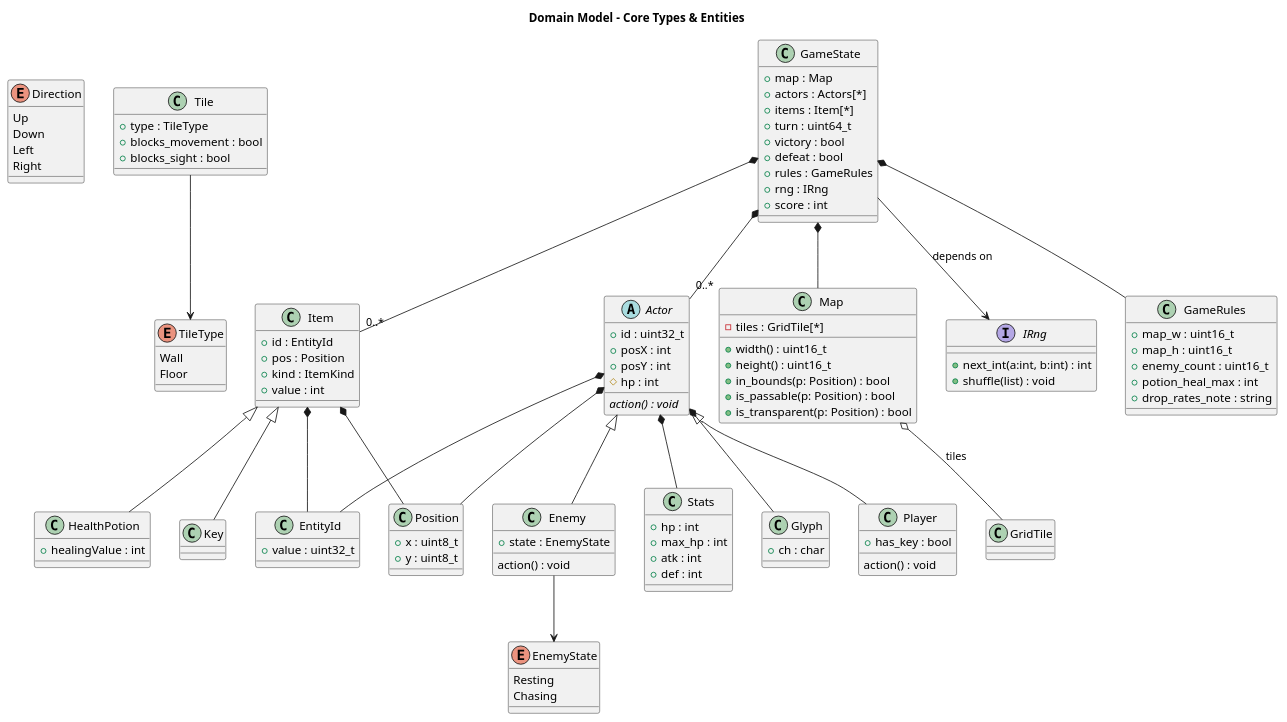
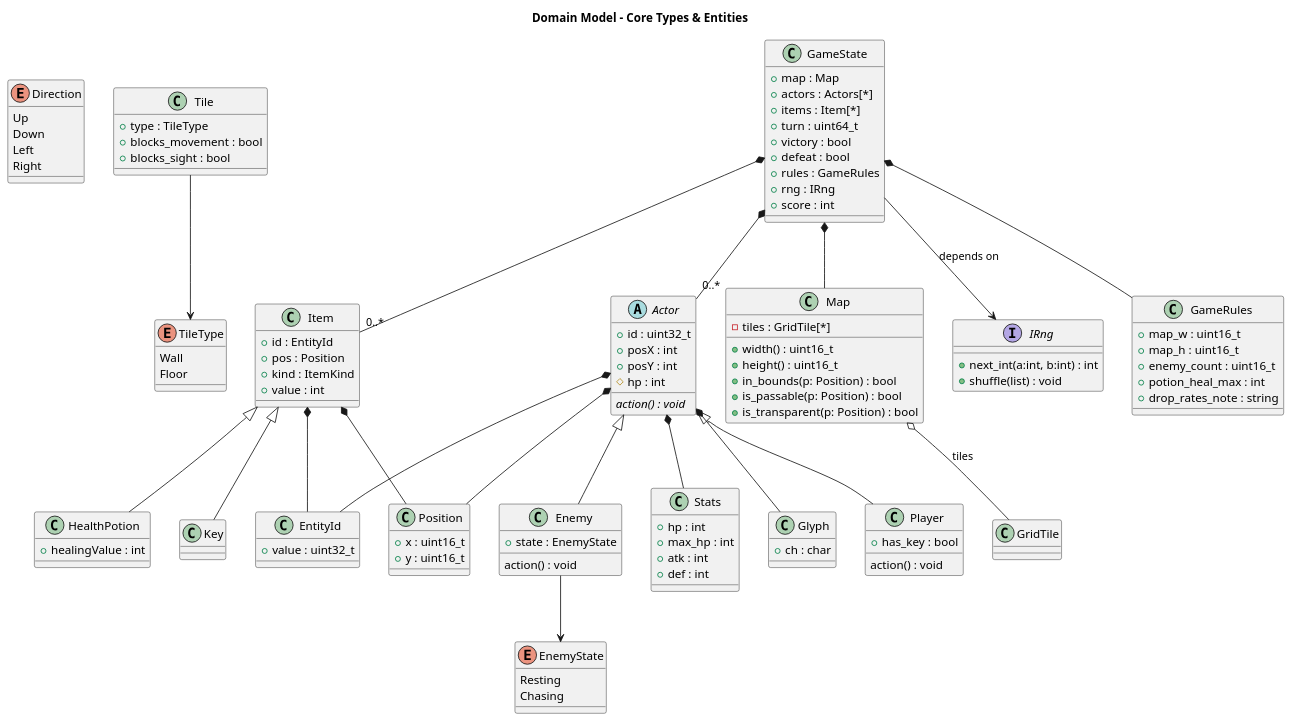
Before and after one commit to Sage-Cat/labyrinth_game: the diagram in docs/diagrams/core_domain_model_ClassD.puml, drawn with PlantUML. The commit also changed 17 other files, not shown here.

```diff
--- a/docs/diagrams/core_domain_model_ClassD.puml
+++ b/docs/diagrams/core_domain_model_ClassD.puml
@@ -1,148 +1,148 @@
 @startuml
 title Domain Model – Core Types & Entities
 
 /' --- Enumerations --- '/
 enum Direction {
   Up
   Down
   Left
   Right
 }
 
 enum TileType {
   Wall
   Floor
 }
 
 enum EnemyState {
   Resting
   Chasing
 }
 
 /' --- Simple value objects --- '/
 class EntityId {
   +value : uint32_t
 }
 
 class Position {
-  +x : uint8_t
-  +y : uint8_t
+  +x : uint16_t
+  +y : uint16_t
 }
 
 class Stats {
   +hp : int
   +max_hp : int
   +atk : int
   +def : int
 }
 
 class Glyph {
   +ch : char
 }
 
 /' --- Tile / Map --- '/
 class GridTile
 
 class Tile {
   +type : TileType
   +blocks_movement : bool
   +blocks_sight : bool
 }
 
 class Map {
   +width() : uint16_t
   +height() : uint16_t
   +in_bounds(p: Position) : bool
   +is_passable(p: Position) : bool
   +is_transparent(p: Position) : bool
   -tiles : GridTile[*]
 }
 
 /' --- Items & actors --- '/
 class Item {
   +id : EntityId
   +pos : Position
   +kind : ItemKind
   +value : int
 }
 
 class HealthPotion {
   +healingValue : int
 }
 
 class Key {
 }
 
 abstract class Actor {
   +id : uint32_t
   +posX : int
   +posY : int
   #hp : int
   {abstract} action() : void
 }
 
 class Player {
   +has_key : bool
   action() : void
 }
 
 class Enemy {
   +state : EnemyState
   action() : void
 }
 
 
 /' --- Ports / rules / state --- '/
 interface IRng {
   +next_int(a:int, b:int) : int
   +shuffle(list) : void
 }
 
 class GameRules {
   +map_w : uint16_t
   +map_h : uint16_t
   +enemy_count : uint16_t
   +potion_heal_max : int
   +drop_rates_note : string
 }
 
 class GameState {
   +map : Map
   +actors : Actors[*]
   +items : Item[*]
   +turn : uint64_t
   +victory : bool
   +defeat : bool
   +rules : GameRules
   +rng : IRng
   +score : int
 }
 
 /' --- Relations --- '/
 Map o-- GridTile : tiles
 Tile --> TileType
 Enemy --> EnemyState
 
 ' inheritance
 Actor <|-- Player
 Actor <|-- Enemy
 
 Item <|-- HealthPotion
 Item <|-- Key
 
 ' value-object ownership
 Actor *-- Position
 Actor *-- Stats
 Actor *-- Glyph
 Actor *-- EntityId
 Item   *-- EntityId
 Item   *-- Position
 
 ' state composition (contains)
 GameState *-- Map
 GameState *-- "0..*" Actor
 GameState *-- "0..*" Item
 GameState *-- GameRules
 GameState --> IRng : depends on
 
 @enduml
```
